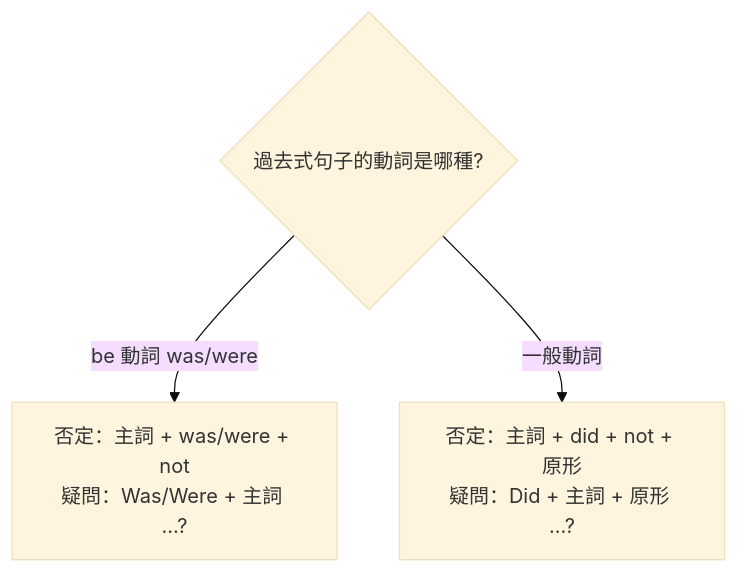
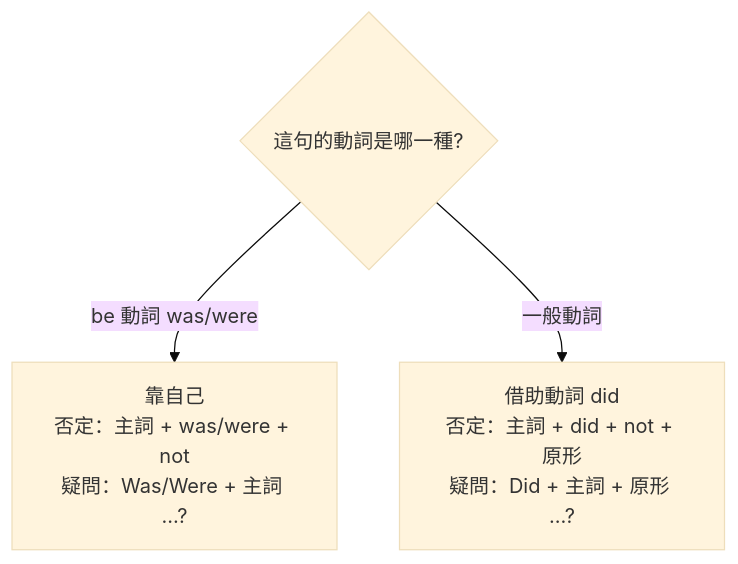
Before and after one commit to aquariusCCA/english-learning-system: the diagram in 02 謝孟媛英文文法/初級文法/03 be 動詞、一般動詞（過去式）.md, drawn with Mermaid (base theme). The commit also changed other lines of this file, not shown here.

First line of the commit message:
docs(初級文法): 03 be動詞、一般動詞（過去式）教學型重構

````diff
--- a/02 謝孟媛英文文法/初級文法/03 be 動詞、一般動詞（過去式）.md
+++ b/02 謝孟媛英文文法/初級文法/03 be 動詞、一般動詞（過去式）.md
@@ -160,5 +33,5 @@
 ```mermaid
 graph TD
-  Q{過去式句子的動詞是哪種?} -->|be 動詞 was/were| B["否定：主詞 + was/were + not<br/>疑問：Was/Were + 主詞 …?"]
-  Q -->|一般動詞| G["否定：主詞 + did + not + 原形<br/>疑問：Did + 主詞 + 原形 …?"]
+  Q{這句的動詞是哪一種?} -->|be 動詞 was/were| B["靠自己<br/>否定：主詞 + was/were + not<br/>疑問：Was/Were + 主詞 …?"]
+  Q -->|一般動詞| G["借助動詞 did<br/>否定：主詞 + did + not + 原形<br/>疑問：Did + 主詞 + 原形 …?"]
 ```
````
